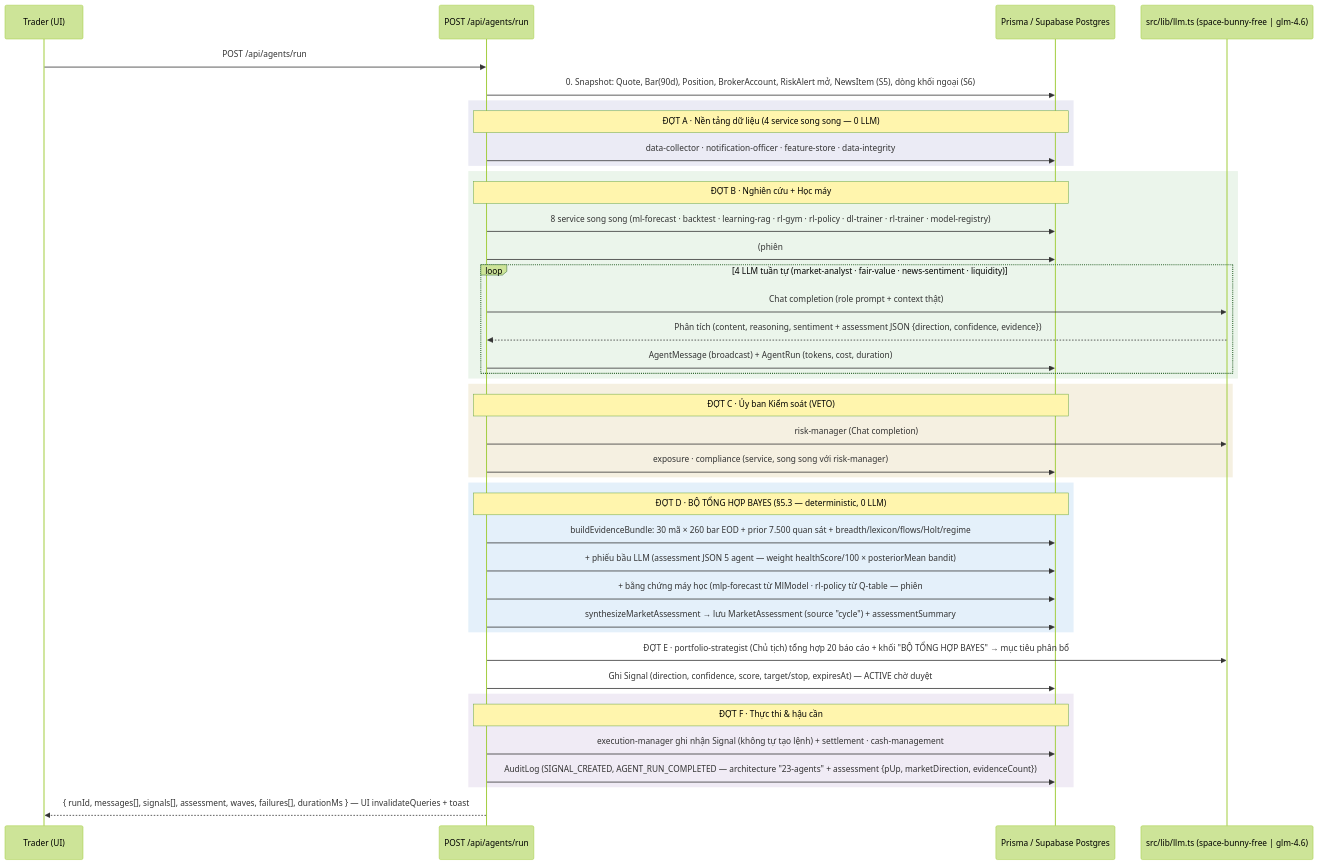
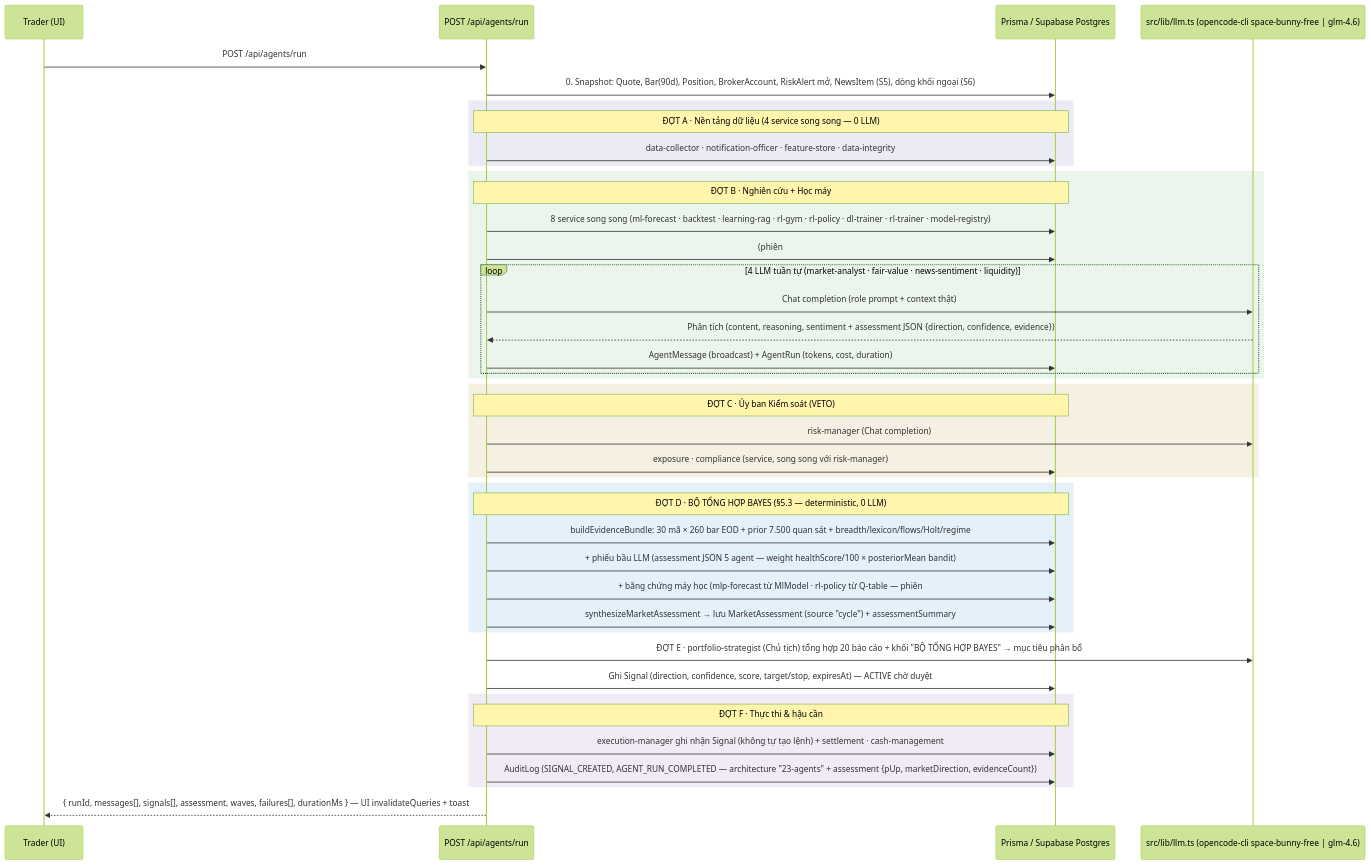
Before and after one commit to vietnq130593-code/THE-TRADER: the second of 2 diagrams in docs/TECHNICAL_BLUEPRINT.md, drawn with Mermaid (forest theme). The commit also changed other lines of this file and 8 other files, not shown here.

````diff
--- a/docs/TECHNICAL_BLUEPRINT.md
+++ b/docs/TECHNICAL_BLUEPRINT.md
@@ -246,44 +246,44 @@
 ```mermaid
 sequenceDiagram
     participant U as Trader (UI)
     participant API as POST /api/agents/run
     participant DB as Prisma / Supabase Postgres
-    participant LLM as src/lib/llm.ts (space-bunny-free | glm-4.6)
+    participant LLM as src/lib/llm.ts (opencode-cli space-bunny-free | glm-4.6)
 
     U->>API: POST /api/agents/run
     API->>DB: 0. Snapshot: Quote, Bar(90d), Position, BrokerAccount, RiskAlert mở, NewsItem (S5), dòng khối ngoại (S6)
     rect rgb(235, 235, 245)
         note over API,DB: ĐỢT A · Nền tảng dữ liệu (4 service song song — 0 LLM)
         API->>DB: data-collector · notification-officer · feature-store · data-integrity
     end
     rect rgb(235, 245, 235)
         note over API,DB: ĐỢT B · Nghiên cứu + Học máy
         API->>DB: 8 service song song (ml-forecast · backtest · learning-rag · rl-gym · rl-policy · dl-trainer · rl-trainer · model-registry)
         API->>DB: (phiên #35) ml runner chạy thuật toán thật: predict MlModel · policyStance · settlePendingRewards (§5.4)
         loop 4 LLM tuần tự (market-analyst · fair-value · news-sentiment · liquidity)
             API->>LLM: Chat completion (role prompt + context thật)
             LLM-->>API: Phân tích (content, reasoning, sentiment + assessment JSON {direction, confidence, evidence})
             API->>DB: AgentMessage (broadcast) + AgentRun (tokens, cost, duration)
         end
     end
     rect rgb(245, 240, 225)
         note over API,DB: ĐỢT C · Ủy ban Kiểm soát (VETO)
         API->>LLM: risk-manager (Chat completion)
         API->>DB: exposure · compliance (service, song song với risk-manager)
     end
     rect rgb(228, 240, 250)
         note over API,DB: ĐỢT D · BỘ TỔNG HỢP BAYES (§5.3 — deterministic, 0 LLM)
         API->>DB: buildEvidenceBundle: 30 mã × 260 bar EOD + prior 7.500 quan sát + breadth/lexicon/flows/Holt/regime
         API->>DB: + phiếu bầu LLM (assessment JSON 5 agent — weight healthScore/100 × posteriorMean bandit)
         API->>DB: + bằng chứng máy học (mlp-forecast từ MlModel · rl-policy từ Q-table — phiên #35)
         API->>DB: synthesizeMarketAssessment → lưu MarketAssessment (source "cycle") + assessmentSummary
     end
     API->>LLM: ĐỢT E · portfolio-strategist (Chủ tịch) tổng hợp 20 báo cáo + khối "BỘ TỔNG HỢP BAYES" → mục tiêu phân bổ
     API->>DB: Ghi Signal (direction, confidence, score, target/stop, expiresAt) — ACTIVE chờ duyệt
     rect rgb(240, 235, 245)
         note over API,DB: ĐỢT F · Thực thi & hậu cần
         API->>DB: execution-manager ghi nhận Signal (không tự tạo lệnh) + settlement · cash-management
         API->>DB: AuditLog (SIGNAL_CREATED, AGENT_RUN_COMPLETED — architecture "23-agents" + assessment {pUp, marketDirection, evidenceCount})
     end
     API-->>U: { runId, messages[], signals[], assessment, waves, failures[], durationMs } — UI invalidateQueries + toast
 ```
````
